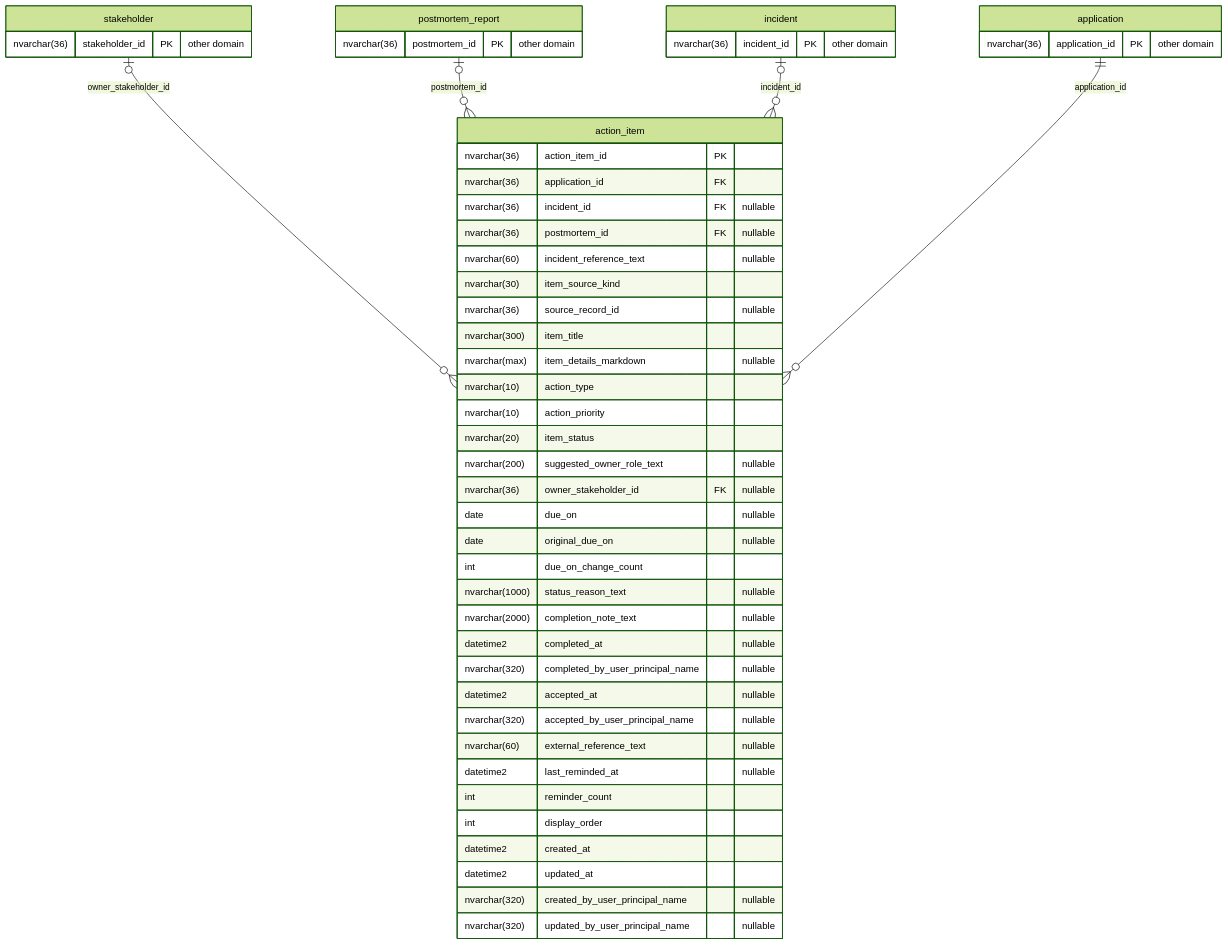
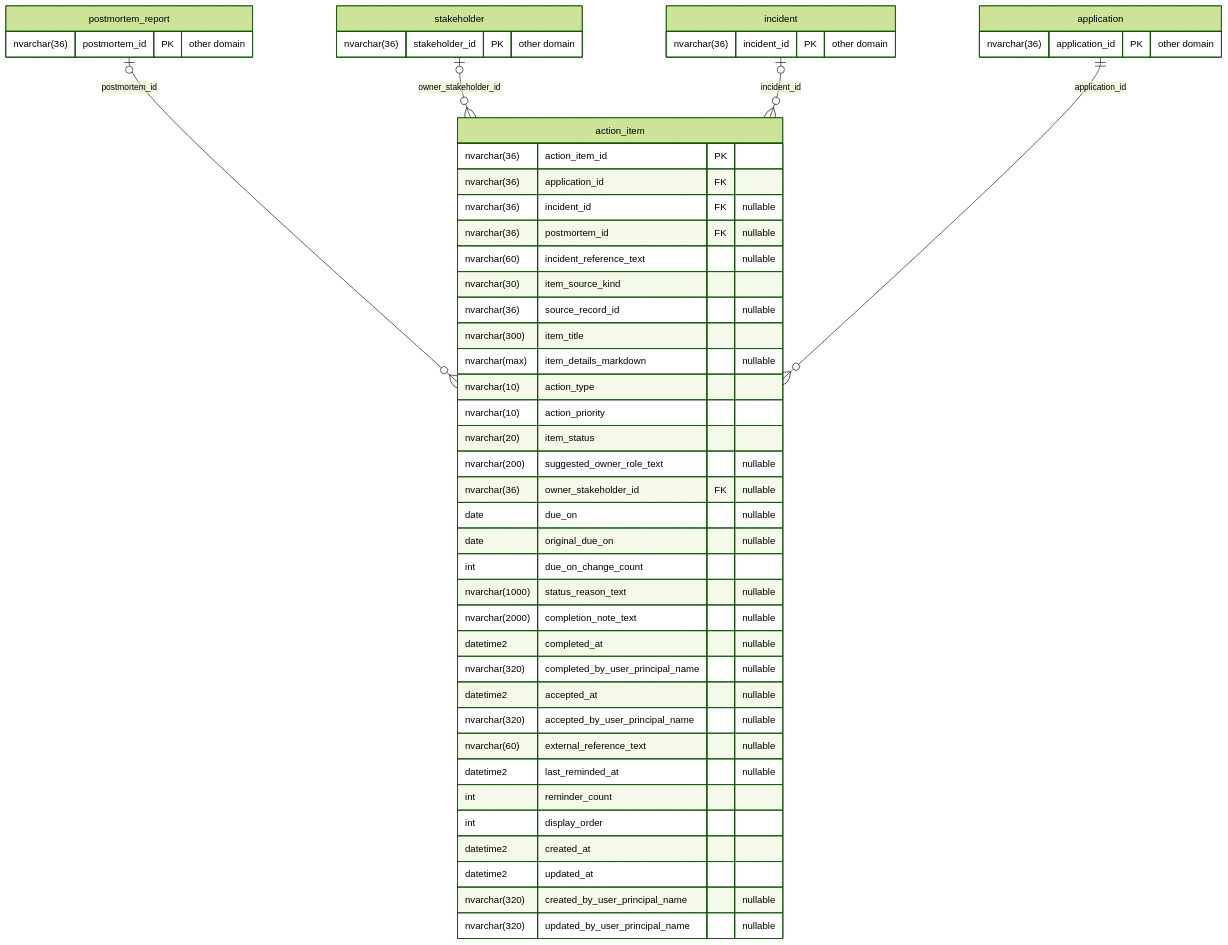
Before and after one commit to dilleswar16/Synaptic-Alchemy: the tenth of 10 diagrams in Keigan/My Plans/architecture/15_ENTITY_RELATIONSHIP_DIAGRAM.md, drawn with Mermaid (forest theme). The commit also changed other lines of this file and 47 other files, not shown here.

````diff
--- a/Keigan/My Plans/architecture/15_ENTITY_RELATIONSHIP_DIAGRAM.md
+++ b/Keigan/My Plans/architecture/15_ENTITY_RELATIONSHIP_DIAGRAM.md
@@ -1404,52 +1405,52 @@
 ```mermaid
 erDiagram
     action_item {
         nvarchar(36) action_item_id PK
         nvarchar(36) application_id FK
         nvarchar(36) incident_id FK "nullable"
         nvarchar(36) postmortem_id FK "nullable"
         nvarchar(60) incident_reference_text "nullable"
         nvarchar(30) item_source_kind
         nvarchar(36) source_record_id "nullable"
         nvarchar(300) item_title
         nvarchar(max) item_details_markdown "nullable"
         nvarchar(10) action_type
         nvarchar(10) action_priority
         nvarchar(20) item_status
         nvarchar(200) suggested_owner_role_text "nullable"
         nvarchar(36) owner_stakeholder_id FK "nullable"
         date due_on "nullable"
         date original_due_on "nullable"
         int due_on_change_count
         nvarchar(1000) status_reason_text "nullable"
         nvarchar(2000) completion_note_text "nullable"
         datetime2 completed_at "nullable"
         nvarchar(320) completed_by_user_principal_name "nullable"
         datetime2 accepted_at "nullable"
         nvarchar(320) accepted_by_user_principal_name "nullable"
         nvarchar(60) external_reference_text "nullable"
         datetime2 last_reminded_at "nullable"
         int reminder_count
         int display_order
         datetime2 created_at
         datetime2 updated_at
         nvarchar(320) created_by_user_principal_name "nullable"
         nvarchar(320) updated_by_user_principal_name "nullable"
     }
     application {
         nvarchar(36) application_id PK "other domain"
     }
     incident {
         nvarchar(36) incident_id PK "other domain"
     }
     postmortem_report {
         nvarchar(36) postmortem_id PK "other domain"
     }
     stakeholder {
         nvarchar(36) stakeholder_id PK "other domain"
     }
+    postmortem_report |o--o{ action_item : "postmortem_id"
     stakeholder |o--o{ action_item : "owner_stakeholder_id"
-    postmortem_report |o--o{ action_item : "postmortem_id"
     incident |o--o{ action_item : "incident_id"
     application ||--o{ action_item : "application_id"
 ```
````
